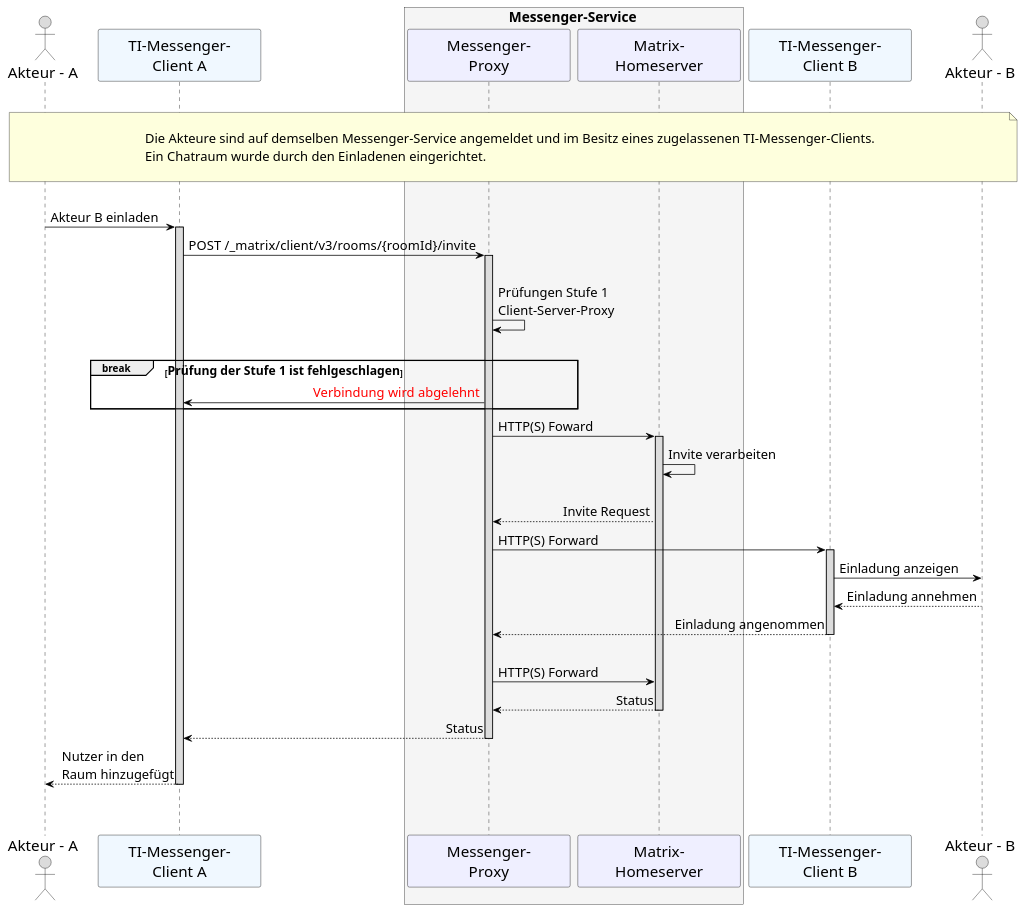
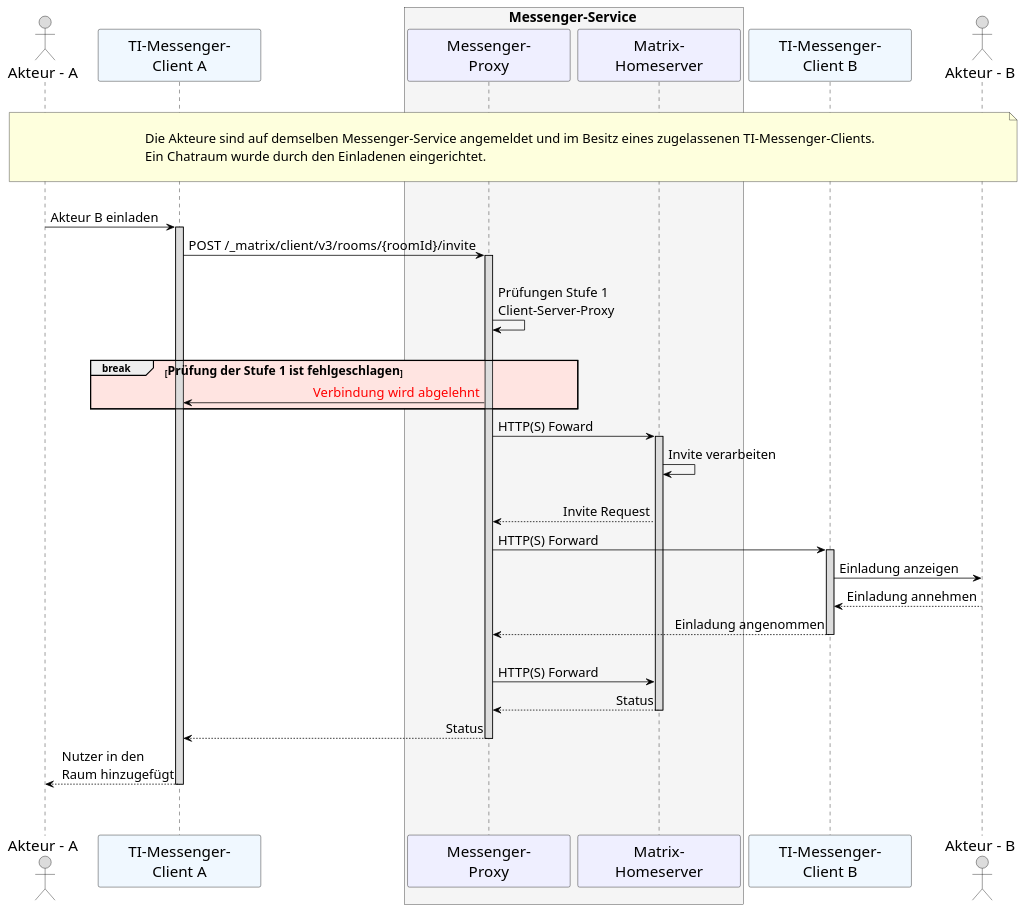
One commit to gematik/api-ti-messenger changed the diagram in src/plantuml/ePA_FDV/UC_10104_Seq_fdv.puml. Above: the diagram before and after it, drawn with PlantUML. The commit also changed 3 other files, not shown here.

```diff
--- a/src/plantuml/ePA_FDV/UC_10104_Seq_fdv.puml
+++ b/src/plantuml/ePA_FDV/UC_10104_Seq_fdv.puml
@@ -9,72 +9,72 @@
 @startuml
 skinparam sequenceMessageAlign direction
 skinparam minClassWidth 200
 skinparam BoxPadding 1
 skinparam sequenceReferenceHeaderBackgroundColor palegreen
 scale max 2048 width
 
 skinparam sequence {
 ArrowColor black
 ArrowFontSize 17
 ActorBorderColor black
 LifeLineBorderColor black
 LifeLineBackgroundColor Gainsboro
 
 ParticipantBorderColor Motivation
 ParticipantBackgroundColor Motivation
 ParticipantFontName Impact
 ParticipantFontSize 20
 ParticipantFontColor black
 ParticipantBorderColor Black
 ParticipantBackgroundColor MOTIVATION
 
 ActorBackgroundColor Gainsboro
 ActorFontColor black
 ActorFontSize 20
 ActorFontName Aapex
 }
     actor U1 as "Akteur - A"
     participant C1 as "TI-Messenger-\nClient A" #AliceBlue
     box <size:18>Messenger-Service</size> #WhiteSmoke
       participant MP as "Messenger-\nProxy"
       participant MH as "Matrix-\nHomeserver"
     end box
     participant C2 as "TI-Messenger-\nClient B" #AliceBlue
     actor U2 as "Akteur - B"
     
 |||
 note over U1, U2: \n<size:17>Die Akteure sind auf demselben Messenger-Service angemeldet und im Besitz eines zugelassenen TI-Messenger-Clients.\n<size:17>Ein Chatraum wurde durch den Einladenen eingerichtet.</size>\n
 |||
     U1->C1: Akteur B einladen
     activate C1
     C1->MP: POST  /_matrix/client/v3/rooms/{roomId}/invite
     activate MP
     |||
       MP->MP: Prüfungen Stufe 1\nClient-Server-Proxy
     |||
-    break <size:16>Prüfung der Stufe 1 ist fehlgeschlagen</size> 
+    break #MistyRose <size:16>Prüfung der Stufe 1 ist fehlgeschlagen</size> 
     MP->C1: <font color=red>Verbindung wird abgelehnt</font>
     end
     
       MP->MH: HTTP(S) Foward
         activate MH
       MH->MH: Invite verarbeiten
       |||
           MH-->MP: Invite Request
           MP->C2: HTTP(S) Forward
             activate C2 
           C2->U2: Einladung anzeigen
           U2-->C2: Einladung annehmen
           C2-->MP: Einladung angenommen
           deactivate C2
           |||
           MP->MH: HTTP(S) Forward
           MH-->MP: Status
             deactivate MH
           MP-->C1: Status
           deactivate MP
           C1-->U1: Nutzer in den \nRaum hinzugefügt
           deactivate C1
         |||
  |||
 @enduml
```
